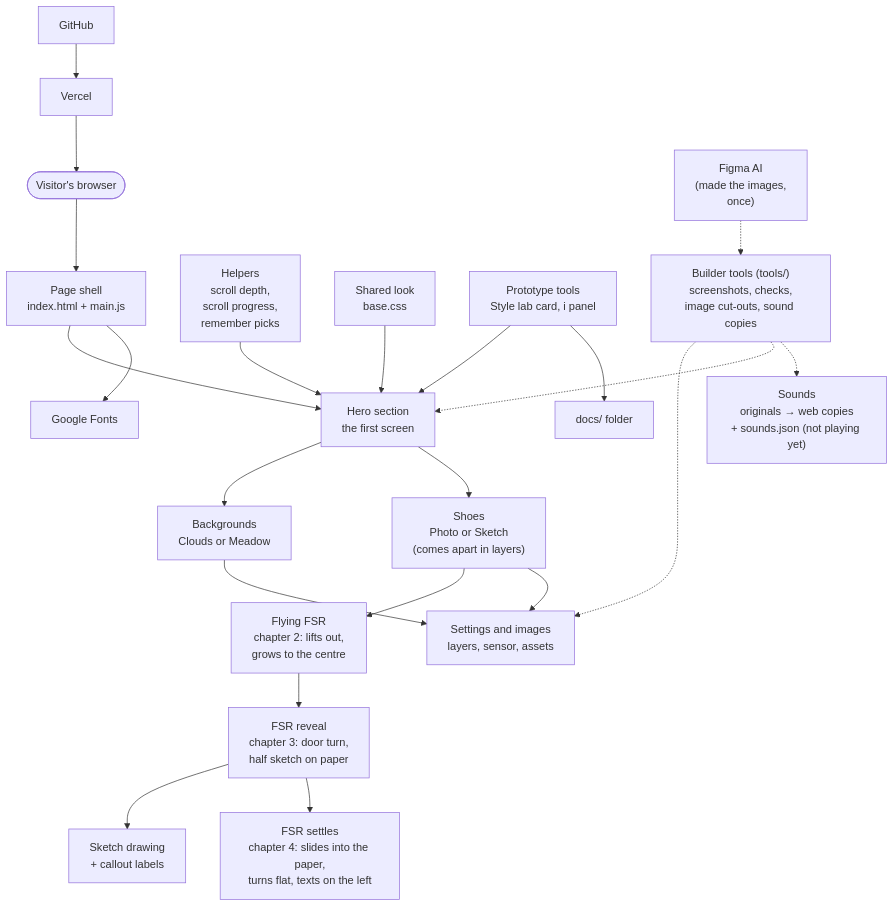
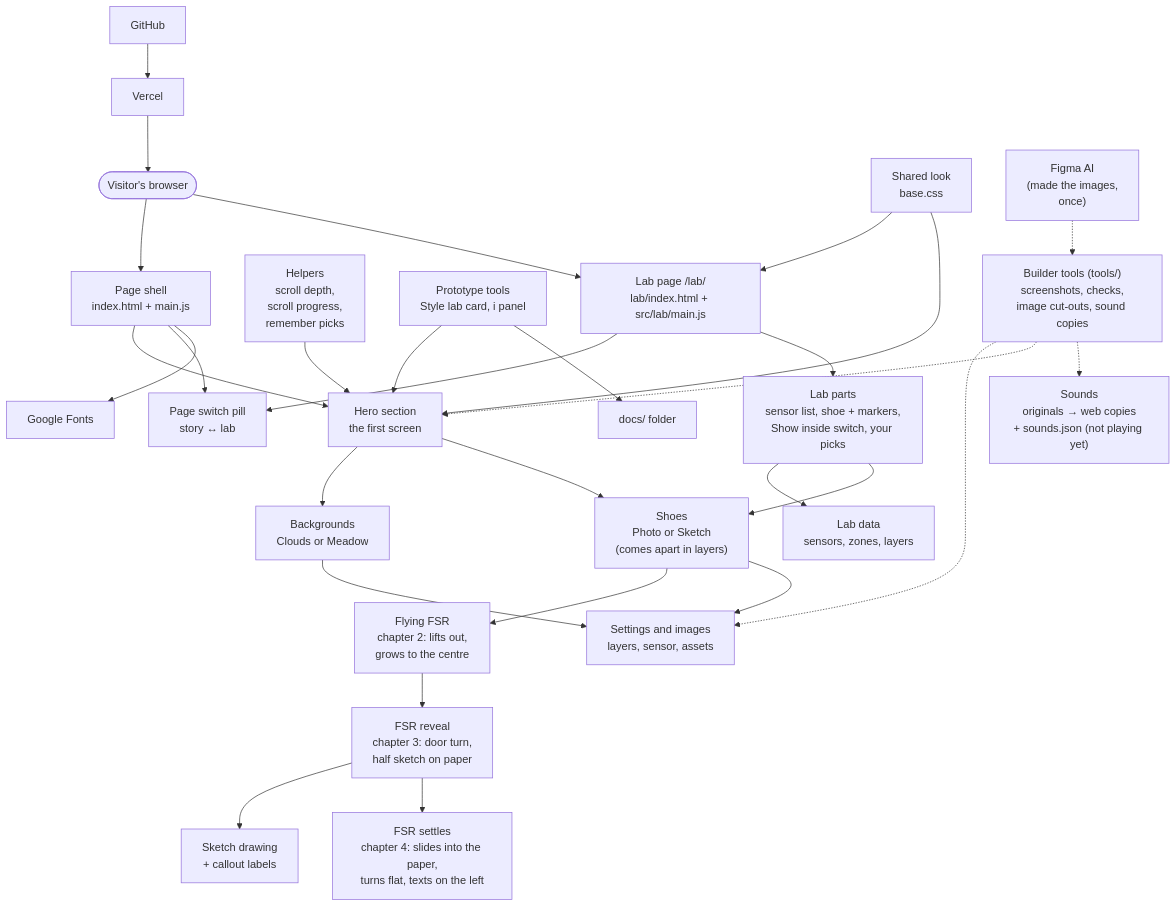
One commit to Veruzka/magic-shoes-presentation changed the diagram in docs/architecture.md. Above: the diagram before and after it, drawn with Mermaid. The commit also changed other lines of this file and 22 other files, not shown here.

First line of the commit message:
Prototyping lab: page switch, sensor parts list, FSR marker and Show inside (checkpoint 4)

````diff
--- a/docs/architecture.md
+++ b/docs/architecture.md
@@ -3,41 +3,51 @@
 ```mermaid
 flowchart TD
   visitor(["Visitor's browser"])
   page["Page shell<br/>index.html + main.js"]
   hero["Hero section<br/>the first screen"]
   bg["Backgrounds<br/>Clouds or Meadow"]
   shoe["Shoes<br/>Photo or Sketch<br/>(comes apart in layers)"]
   flight["Flying FSR<br/>chapter 2: lifts out,<br/>grows to the centre"]
   reveal["FSR reveal<br/>chapter 3: door turn,<br/>half sketch on paper"]
   sketch["Sketch drawing<br/>+ callout labels"]
   settle["FSR settles<br/>chapter 4: slides into the paper,<br/>turns flat, texts on the left"]
   data["Settings and images<br/>layers, sensor, assets"]
   helpers["Helpers<br/>scroll depth,<br/>scroll progress,<br/>remember picks"]
   styles["Shared look<br/>base.css"]
   tools["Prototype tools<br/>Style lab card, i panel"]
+  lab["Lab page /lab/<br/>lab/index.html + src/lab/main.js"]
+  labdata["Lab data<br/>sensors, zones, layers"]
+  labparts["Lab parts<br/>sensor list, shoe + markers,<br/>Show inside switch, your picks"]
+  pill["Page switch pill<br/>story ↔ lab"]
   docs["docs/ folder"]
   github["GitHub"]
   vercel["Vercel"]
   fonts["Google Fonts"]
   figma["Figma AI<br/>(made the images,<br/>once)"]
   devtools["Builder tools (tools/)<br/>screenshots, checks,<br/>image cut-outs, sound copies"]
   sounds["Sounds<br/>originals → web copies<br/>+ sounds.json (not playing yet)"]
 
   visitor --> page --> hero
+  visitor --> lab
+  page --> pill
+  lab --> pill
+  lab --> labparts --> labdata
+  labparts --> shoe
+  styles --> lab
   hero --> bg
   hero --> shoe
   shoe --> flight
   flight --> reveal --> sketch
   reveal --> settle
   bg --> data
   shoe --> data
   helpers --> hero
   styles --> hero
   tools --> hero
   tools --> docs
   page --> fonts
   github --> vercel --> visitor
   figma -.-> devtools -.-> data
   devtools -.-> hero
   devtools -.-> sounds
 ```
````
